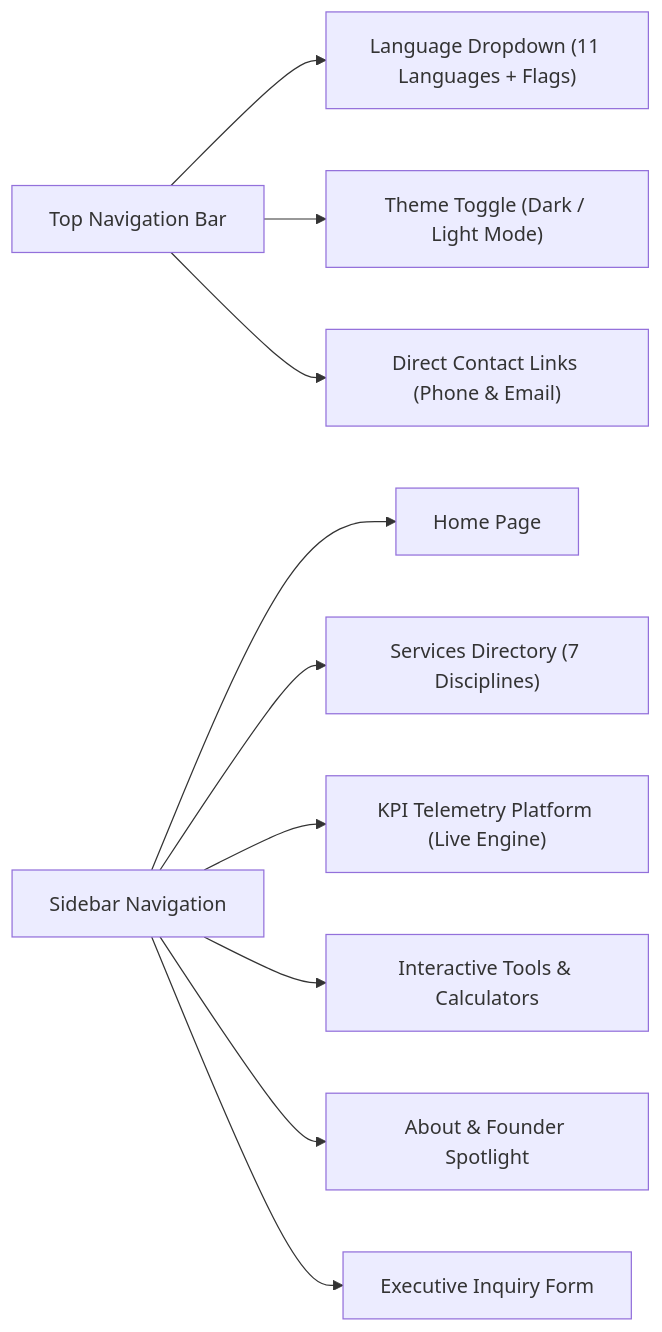
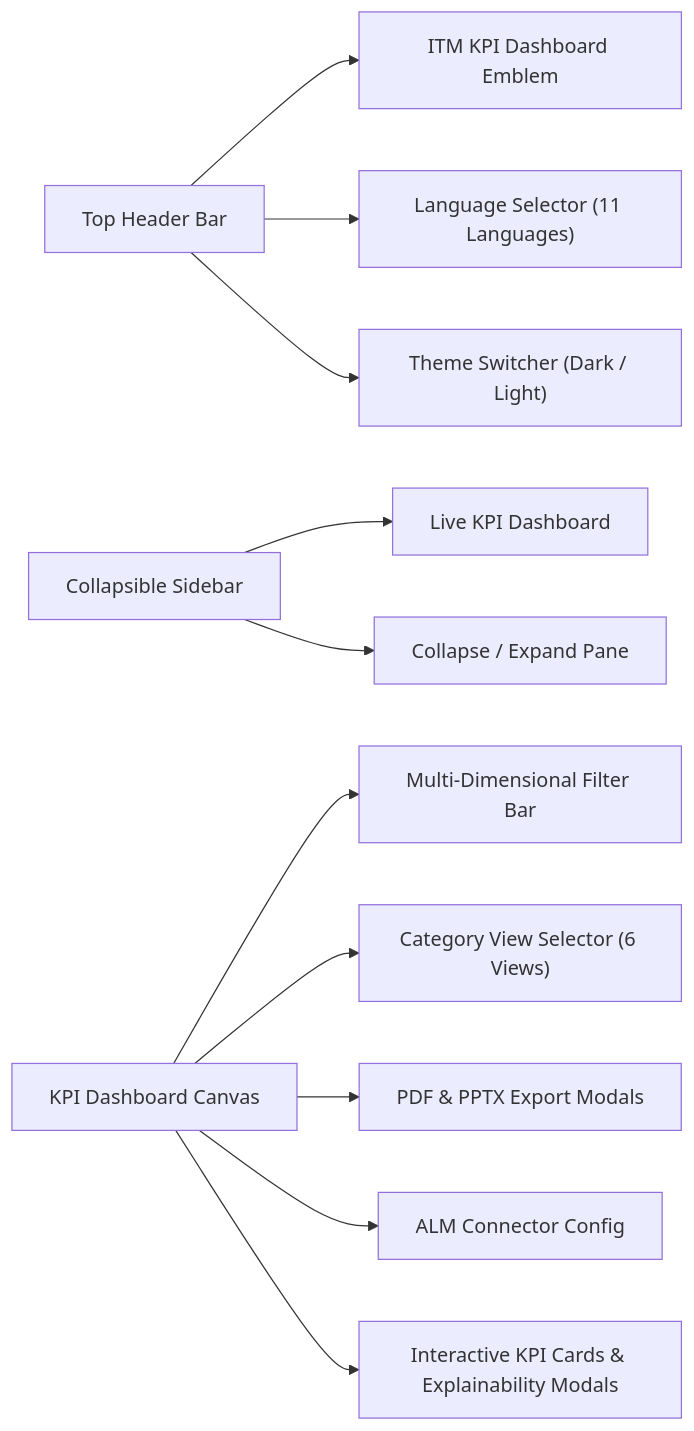
Before and after one commit to INFO-TECH-MICROSYSTEMS/ITMKPIDashboard: the diagram in docs/user_guide.md, drawn with Mermaid. The commit also changed other lines of this file and 11 other files, not shown here.

Commit message:
docs: establish open-source documentation suite and Apache 2.0 license for KPI Dashboard

````diff
--- a/docs/user_guide.md
+++ b/docs/user_guide.md
@@ -23,13 +21,15 @@
 ```mermaid
 graph LR
-    Header["Top Navigation Bar"] --> Lang["Language Dropdown (11 Languages + Flags)"]
-    Header --> Theme["Theme Toggle (Dark / Light Mode)"]
-    Header --> ContactQuick["Direct Contact Links (Phone & Email)"]
+    Header["Top Header Bar"] --> Brand["ITM KPI Dashboard Emblem"]
+    Header --> Lang["Language Selector (11 Languages)"]
+    Header --> Theme["Theme Switcher (Dark / Light)"]
     
-    Sidebar["Sidebar Navigation"] --> Home["Home Page"]
-    Sidebar --> Services["Services Directory (7 Disciplines)"]
-    Sidebar --> KPI["KPI Telemetry Platform (Live Engine)"]
-    Sidebar --> Tools["Interactive Tools & Calculators"]
-    Sidebar --> About["About & Founder Spotlight"]
-    Sidebar --> Contact["Executive Inquiry Form"]
+    Sidebar["Collapsible Sidebar"] --> Root["Live KPI Dashboard"]
+    Sidebar --> Collapse["Collapse / Expand Pane"]
+    
+    Dashboard["KPI Dashboard Canvas"] --> FilterBar["Multi-Dimensional Filter Bar"]
+    Dashboard --> CategoryTabs["Category View Selector (6 Views)"]
+    Dashboard --> Export["PDF & PPTX Export Modals"]
+    Dashboard --> Connectors["ALM Connector Config"]
+    Dashboard --> MetricCards["Interactive KPI Cards & Explainability Modals"]
 ```
````
